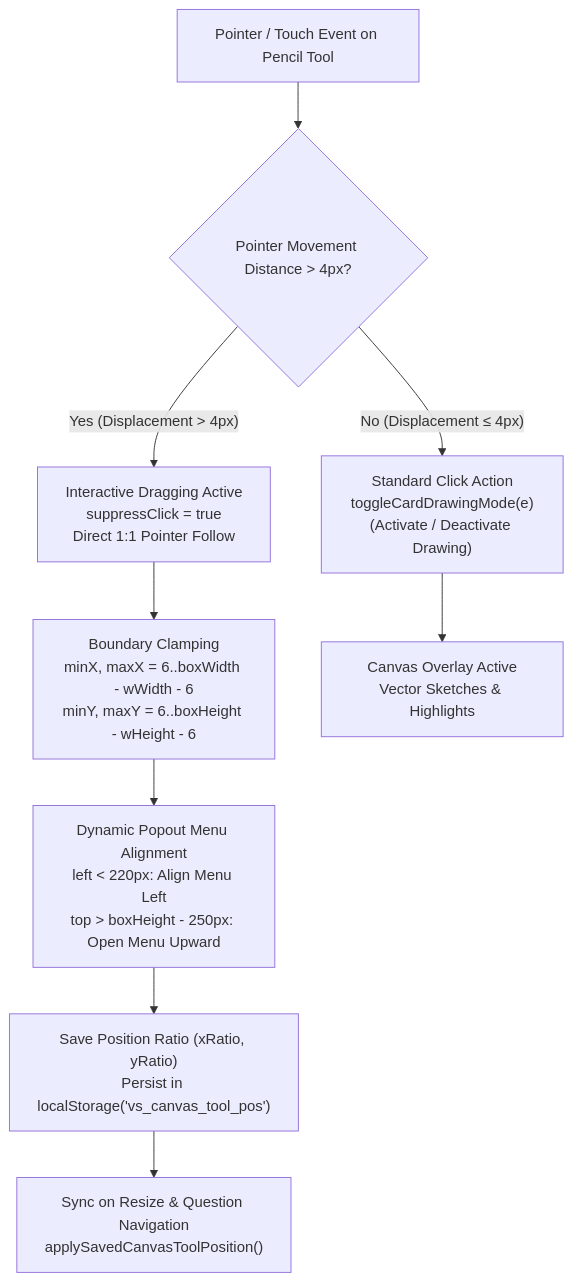
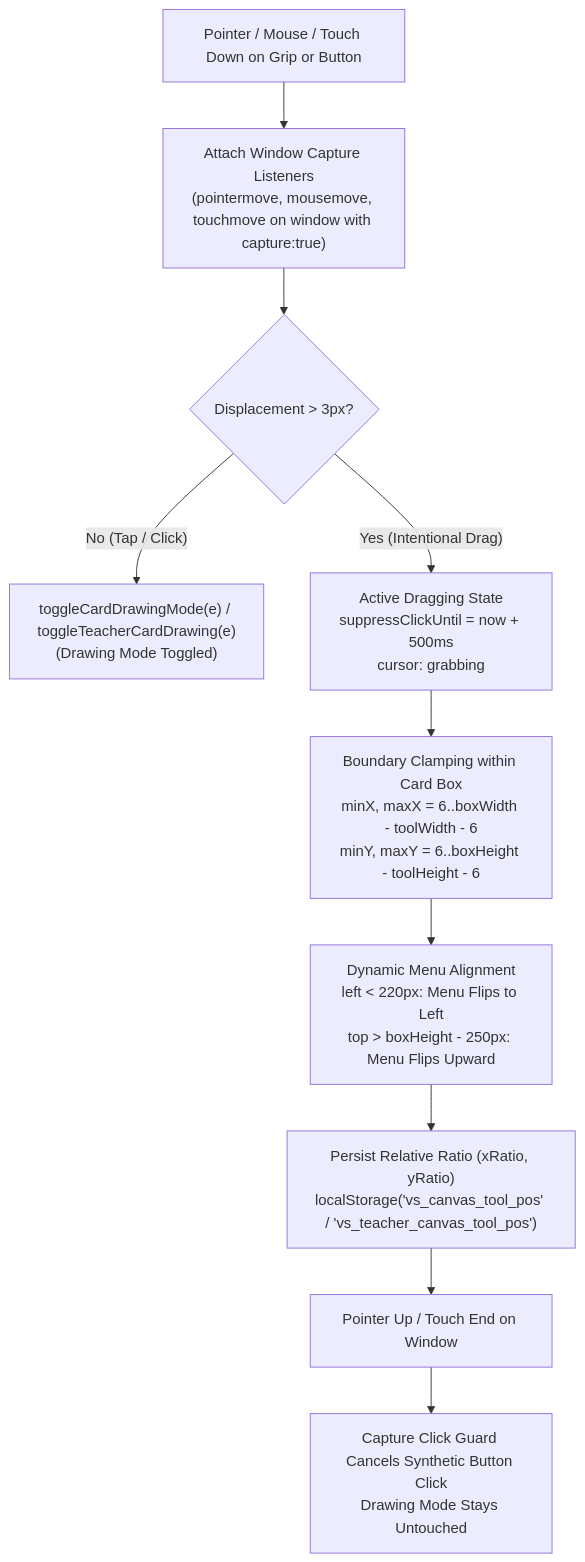
The ninth of 9 diagrams in VectorSelect by Mr. F/implementation.md (fahad87-tech/APPC-M), drawn with Mermaid before and after one commit. The commit also changed other lines of this file and 3 other files, not shown here.

Commit message:
fix: make pencil tool movable across both student and teacher portals with window capture listeners

````diff
--- a/VectorSelect by Mr. F/implementation.md
+++ b/VectorSelect by Mr. F/implementation.md
@@ -2066,11 +2071,12 @@
 ```mermaid
 flowchart TD
-    User["Pointer / Touch Event on Pencil Tool"] --> Threshold{"Pointer Movement Distance > 4px?"}
-    Threshold -- "No (Displacement ≤ 4px)" --> Click["Standard Click Action<br/>toggleCardDrawingMode(e)<br/>(Activate / Deactivate Drawing)"]
-    Threshold -- "Yes (Displacement > 4px)" --> Drag["Interactive Dragging Active<br/>suppressClick = true<br/>Direct 1:1 Pointer Follow"]
-    Drag --> Clamp["Boundary Clamping<br/>minX, maxX = 6..boxWidth - wWidth - 6<br/>minY, maxY = 6..boxHeight - wHeight - 6"]
-    Clamp --> SmartMenu["Dynamic Popout Menu Alignment<br/>left < 220px: Align Menu Left<br/>top > boxHeight - 250px: Open Menu Upward"]
-    SmartMenu --> Store["Save Position Ratio (xRatio, yRatio)<br/>Persist in localStorage('vs_canvas_tool_pos')"]
-    Store --> Sync["Sync on Resize & Question Navigation<br/>applySavedCanvasToolPosition()"]
-    Click --> Redraw["Canvas Overlay Active<br/>Vector Sketches & Highlights"]
+    User["Pointer / Mouse / Touch Down on Grip or Button"] --> WindowListeners["Attach Window Capture Listeners<br/>(pointermove, mousemove, touchmove on window with capture:true)"]
+    WindowListeners --> Threshold{"Displacement > 3px?"}
+    Threshold -- "No (Tap / Click)" --> ClickHandler["toggleCardDrawingMode(e) / toggleTeacherCardDrawing(e)<br/>(Drawing Mode Toggled)"]
+    Threshold -- "Yes (Intentional Drag)" --> Dragging["Active Dragging State<br/>suppressClickUntil = now + 500ms<br/>cursor: grabbing"]
+    Dragging --> Clamp["Boundary Clamping within Card Box<br/>minX, maxX = 6..boxWidth - toolWidth - 6<br/>minY, maxY = 6..boxHeight - toolHeight - 6"]
+    Clamp --> SmartMenu["Dynamic Menu Alignment<br/>left < 220px: Menu Flips to Left<br/>top > boxHeight - 250px: Menu Flips Upward"]
+    SmartMenu --> StoreRatio["Persist Relative Ratio (xRatio, yRatio)<br/>localStorage('vs_canvas_tool_pos' / 'vs_teacher_canvas_tool_pos')"]
+    StoreRatio --> PointerUp["Pointer Up / Touch End on Window"]
+    PointerUp --> ClickGuard["Capture Click Guard Cancels Synthetic Button Click<br/>Drawing Mode Stays Untouched"]
 ```
````
